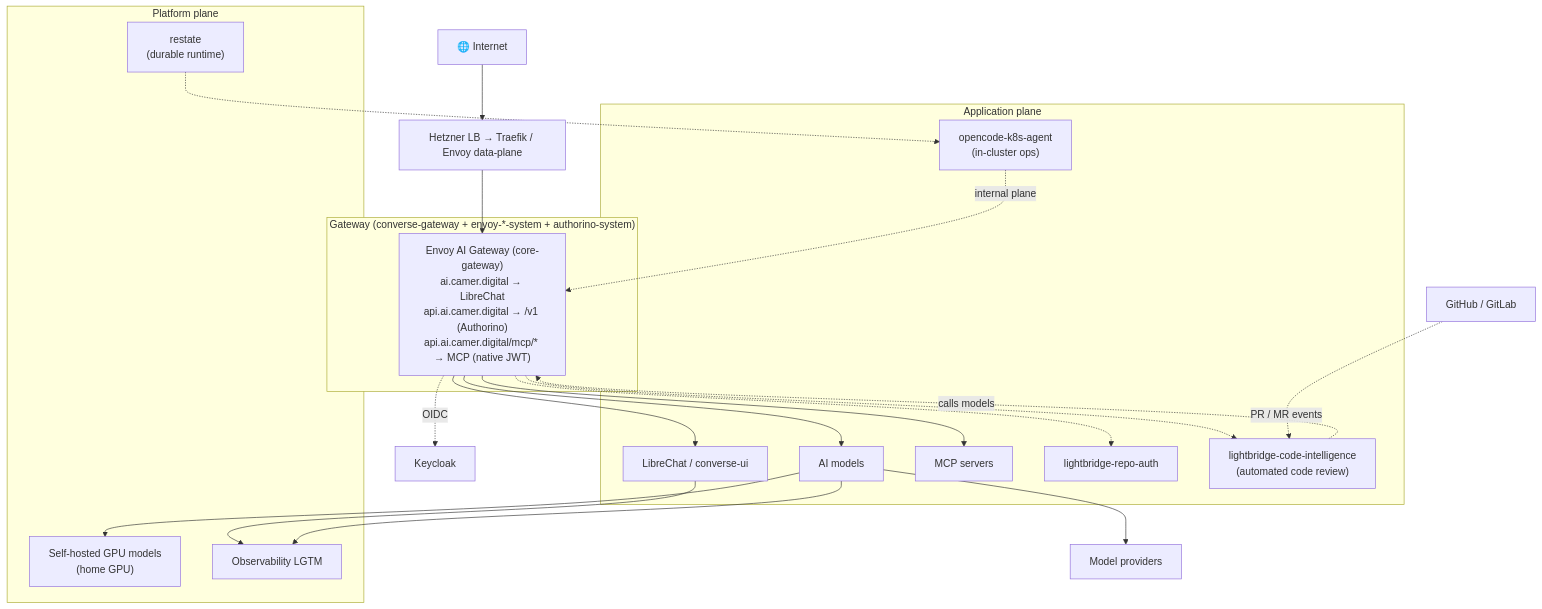
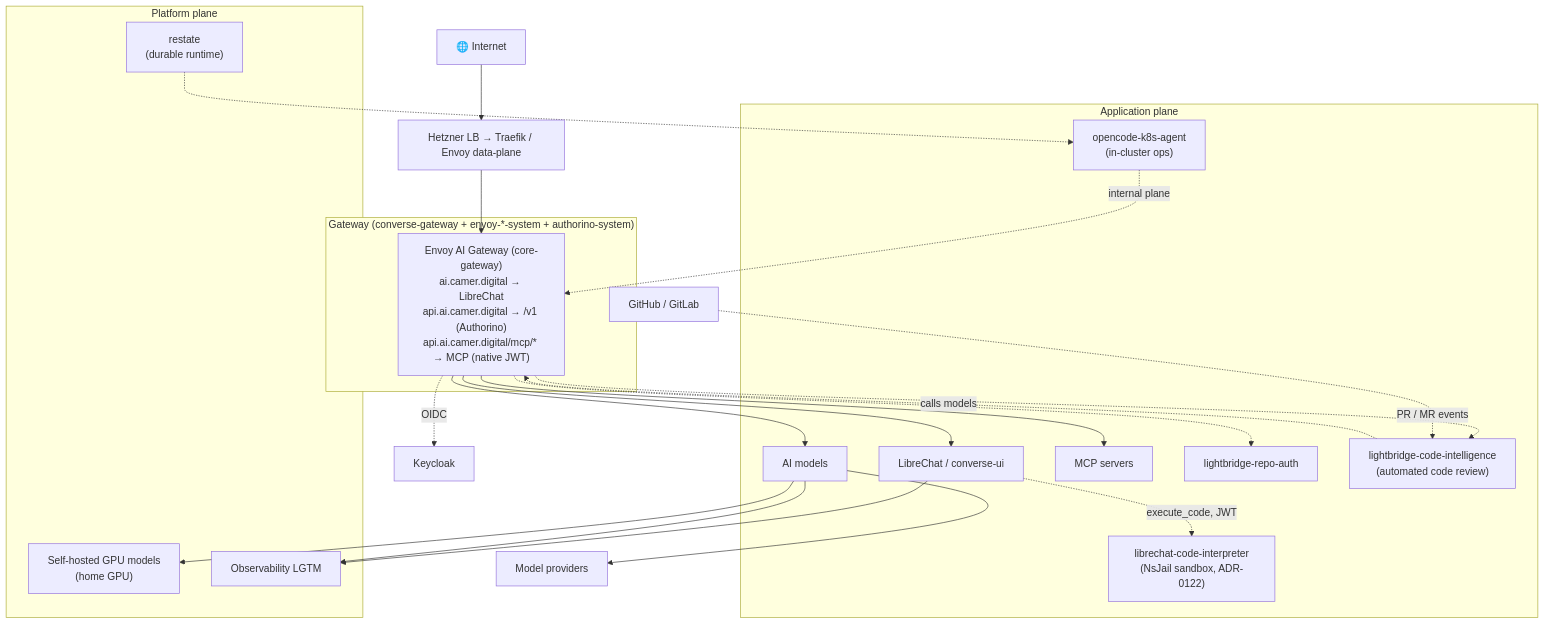
The second of 7 diagrams in docs/architecture.md (ADORSYS-GIS/ai-helm), drawn with Mermaid before and after one commit. The commit also changed 1 other file, not shown here.

Commit message:
docs(librechat-code-interpreter): document the request-flow wiring + live-incident log
The pattern doc covered setup/verify/limitations but never explained how
the six controllers actually talk to each other, or the two separate
JWT/keypair boundaries (LibreChat<->api vs. service-worker<->
sandbox-runner) — both non-obvious from the values.yaml alone. Adds a
sequence diagram + a walkthrough of the sandbox-runner startup sequence
(unshare/bind-mount once, then per-job NsJail).

Also records the six live-incident fixes needed to get the first real
deploy healthy (#951/#952 ArgoCD Replace=true, #962 AppArmor, #963 redis
hostname, #964/#965 bash command-hashing, #966 nsjail diagnostics,
#967/#968 the usr/sbin symlink-shadowing bug) — several of these are
non-obvious enough to bite again on a from-scratch redeploy or a naive
image bump past the currently-pinned sha-d3b0f05.

docs/architecture.md: adds the librechat-code-interpreter node to the
cluster topology diagram (it was never added when #941 merged).

(ADR-0122)

````diff
--- a/docs/architecture.md
+++ b/docs/architecture.md
@@ -41,41 +41,43 @@
 ```mermaid
 flowchart TB
     NET["🌐 Internet"]
     LB["Hetzner LB → Traefik / Envoy data-plane"]
 
     subgraph gw["Gateway (converse-gateway + envoy-*-system + authorino-system)"]
         CG["Envoy AI Gateway (core-gateway)<br/>ai.camer.digital → LibreChat<br/>api.ai.camer.digital → /v1 (Authorino)<br/>api.ai.camer.digital/mcp/* → MCP (native JWT)"]
     end
 
     subgraph app["Application plane"]
         LC["LibreChat / converse-ui"]
         MODELS["AI models"]
         MCP["MCP servers"]
         REPO["lightbridge-repo-auth"]
         LCI["lightbridge-code-intelligence<br/>(automated code review)"]
         AGENT["opencode-k8s-agent<br/>(in-cluster ops)"]
+        CI["librechat-code-interpreter<br/>(NsJail sandbox, ADR-0122)"]
     end
 
     subgraph infra["Platform plane"]
         GPU["Self-hosted GPU models<br/>(home GPU)"]
         OBS["Observability LGTM"]
         RST["restate<br/>(durable runtime)"]
     end
 
     KC["Keycloak"]
     PROV["Model providers"]
     GIT["GitHub / GitLab"]
 
     NET --> LB --> CG
     CG --> LC & MODELS & MCP
     CG -.-> REPO & LCI
     AGENT -.internal plane.-> CG
     LCI -.calls models.-> CG
     GIT -.PR / MR events.-> LCI
     MODELS --> PROV & GPU
     CG -.OIDC.-> KC
     LC --> OBS
     MODELS --> OBS
     RST -.-> AGENT
+    LC -.execute_code, JWT.-> CI
 
 ```
````
